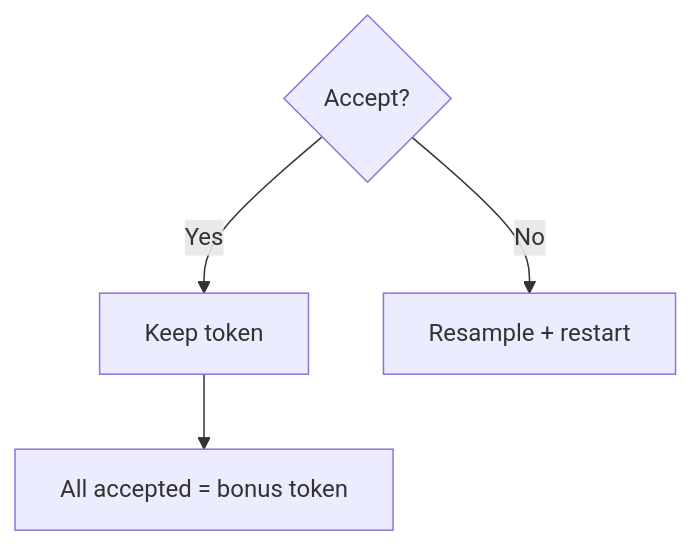
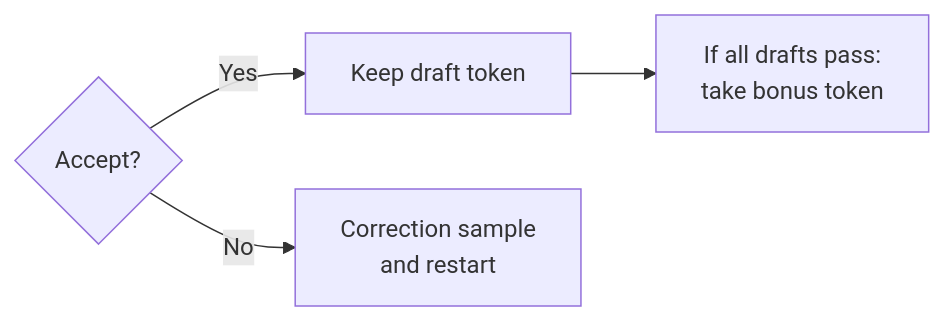
The diagram in walk-the-code/diagrams/spec_verify.mmd (danilop/micro-gpt-and-beyond), drawn with Mermaid before and after one commit. The commit also changed 45 other files, not shown here.

```diff
--- a/walk-the-code/diagrams/spec_verify.mmd
+++ b/walk-the-code/diagrams/spec_verify.mmd
@@ -1,5 +1,5 @@
-graph TD
+graph LR
     check{Accept?}
-    check -->|Yes| accept[Keep token]
-    check -->|No| reject[Resample + restart]
-    accept --> bonus[All accepted = bonus token]
+    check -->|Yes| accept[Keep draft token]
+    check -->|No| reject[Correction sample<br/>and restart]
+    accept --> bonus[If all drafts pass:<br/>take bonus token]
```
